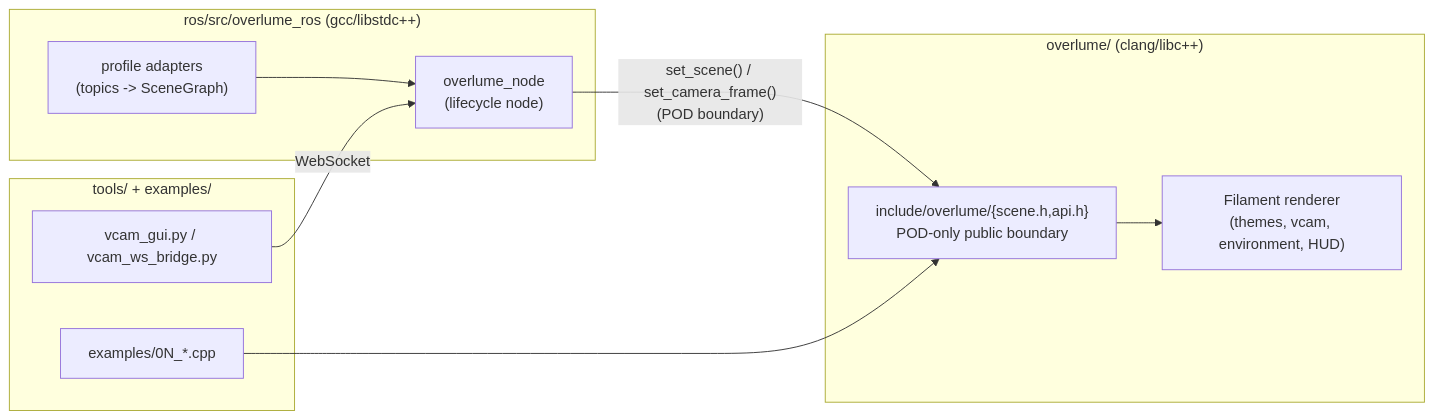
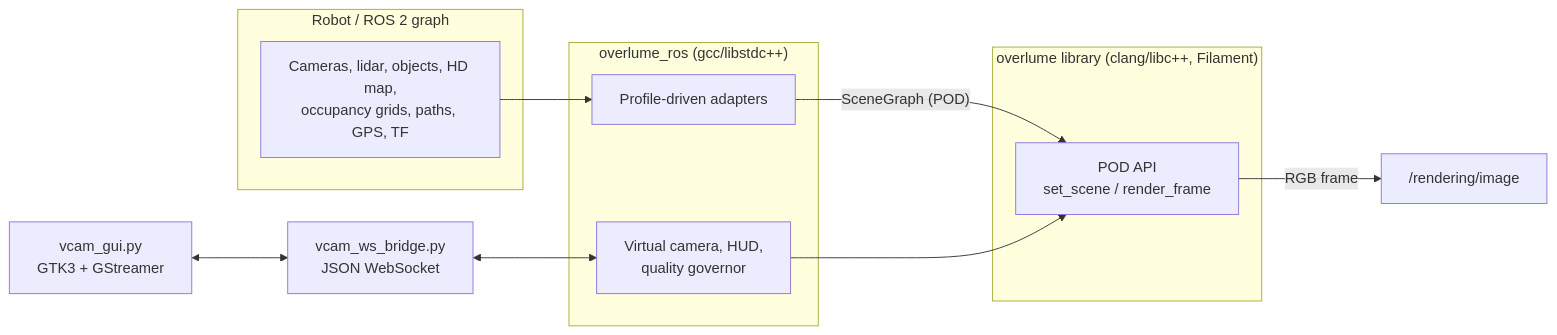
Before and after one commit to amerghazal7/overlume: the diagram in README.md, drawn with Mermaid. The commit also changed other lines of this file and 1 other file, not shown here.

````diff
--- a/README.md
+++ b/README.md
@@ -105,20 +279,19 @@
 ```mermaid
 flowchart LR
-    subgraph ROS2["ros/src/overlume_ros (gcc/libstdc++)"]
-        Node["overlume_node\n(lifecycle node)"]
-        Adapters["profile adapters\n(topics -> SceneGraph)"]
-        Adapters --> Node
-    end
-    subgraph LIB["overlume/ (clang/libc++)"]
-        API["include/overlume/{scene.h,api.h}\nPOD-only public boundary"]
-        Renderer["Filament renderer\n(themes, vcam, environment, HUD)"]
-        API --> Renderer
-    end
-    subgraph Tools["tools/ + examples/"]
-        GUI["vcam_gui.py / vcam_ws_bridge.py"]
-        Examples["examples/0N_*.cpp"]
-    end
-    Node -- "set_scene() / set_camera_frame()\n(POD boundary)" --> API
-    GUI -- "WebSocket" --> Node
-    Examples --> API
+  subgraph Robot["Robot / ROS 2 graph"]
+    T["Cameras, lidar, objects, HD map,<br/>occupancy grids, paths, GPS, TF"]
+  end
+  subgraph Node["overlume_ros (gcc/libstdc++)"]
+    A["Profile-driven adapters"]
+    V["Virtual camera, HUD,<br/>quality governor"]
+  end
+  subgraph Lib["overlume library (clang/libc++, Filament)"]
+    R["POD API<br/>set_scene / render_frame"]
+  end
+  W["vcam_ws_bridge.py<br/>JSON WebSocket"]
+  G["vcam_gui.py<br/>GTK3 + GStreamer"]
+  T --> A -- "SceneGraph (POD)" --> R
+  V --> R
+  R -- "RGB frame" --> O["/rendering/image"]
+  G <--> W <--> V
 ```
````
